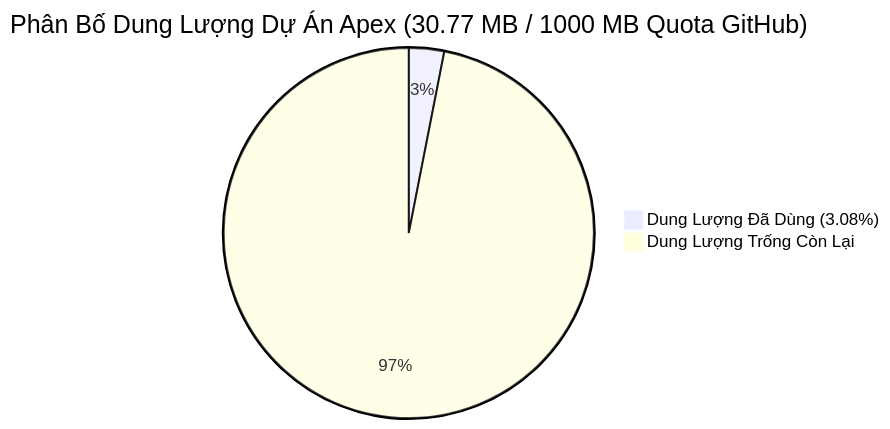
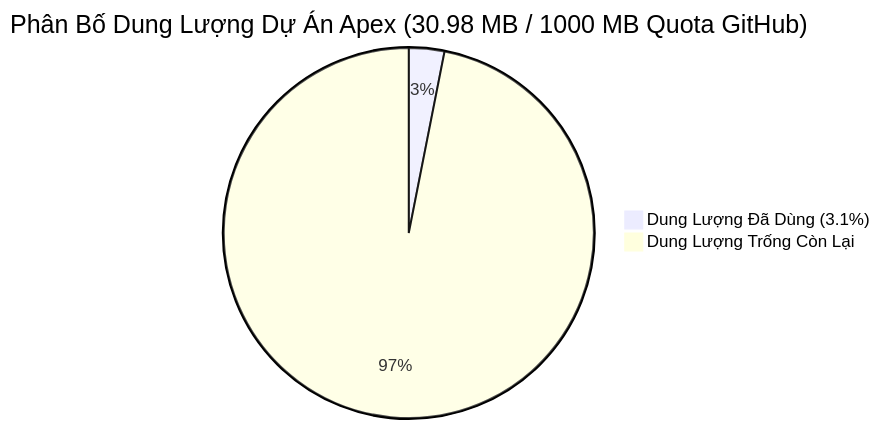
Before and after one commit to Thienphuoctran/apex-hedge-fund: the diagram in 12_Institutional_Ombudsman_And_Inspectorate/daily_audits/2026-11-18_Infrastructure_Health_And_Capacity_Audit.md, drawn with Mermaid. The commit also changed other lines of this file and 21 other files, not shown here.

````diff
--- a/12_Institutional_Ombudsman_And_Inspectorate/daily_audits/2026-11-18_Infrastructure_Health_And_Capacity_Audit.md
+++ b/12_Institutional_Ombudsman_And_Inspectorate/daily_audits/2026-11-18_Infrastructure_Health_And_Capacity_Audit.md
@@ -15,5 +15,5 @@
 ```mermaid
-pie title Phân Bố Dung Lượng Dự Án Apex (30.77 MB / 1000 MB Quota GitHub)
-    "Dung Lượng Đã Dùng (3.08%)" : 30.77
-    "Dung Lượng Trống Còn Lại" : 969.23
+pie title Phân Bố Dung Lượng Dự Án Apex (30.98 MB / 1000 MB Quota GitHub)
+    "Dung Lượng Đã Dùng (3.1%)" : 30.98
+    "Dung Lượng Trống Còn Lại" : 969.02
 ```
````
